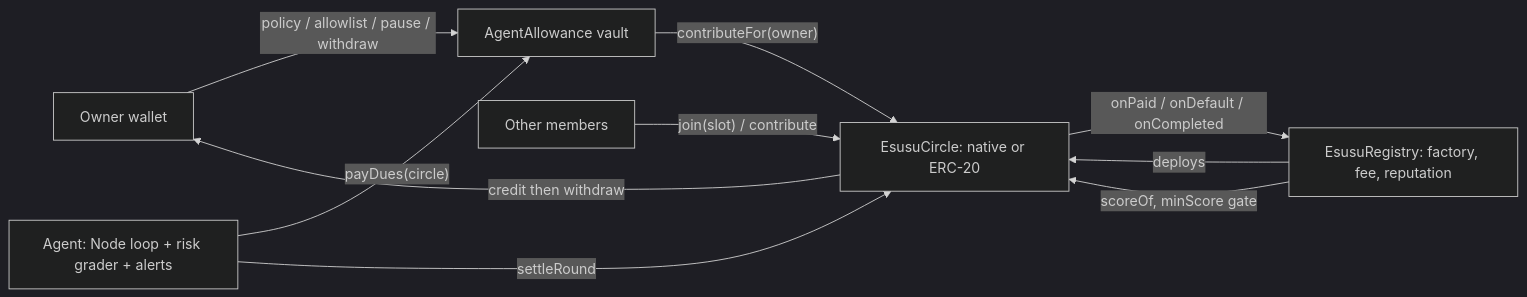
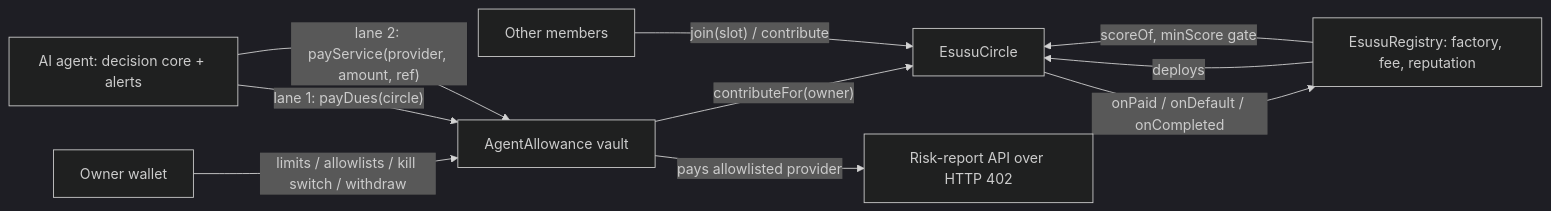
Before and after one commit to Agozie180/On-chain-esusu-agent: the diagram in README.md, drawn with Mermaid (dark theme). The commit also changed other lines of this file and 3 other files, not shown here.

````diff
--- a/README.md
+++ b/README.md
@@ -16,12 +39,12 @@
 ```mermaid
 flowchart LR
-  O[Owner wallet] -- policy / allowlist / pause / withdraw --> V[AgentAllowance vault]
-  A[Agent: Node loop + risk grader + alerts] -- payDues(circle) --> V
-  V -- contributeFor(owner) --> C[EsusuCircle: native or ERC-20]
+  O[Owner wallet] -- limits / allowlists / kill switch / withdraw --> V[AgentAllowance vault]
+  A[AI agent: decision core + alerts] -- "lane 1: payDues(circle)" --> V
+  A -- "lane 2: payService(provider, amount, ref)" --> V
+  V -- contributeFor(owner) --> C[EsusuCircle]
+  V -- pays allowlisted provider --> P[Risk-report API over HTTP 402]
   M[Other members] -- join(slot) / contribute --> C
-  A -- settleRound --> C
   R[EsusuRegistry: factory, fee, reputation] -- deploys --> C
   C -- onPaid / onDefault / onCompleted --> R
   R -- scoreOf, minScore gate --> C
-  C -- credit then withdraw --> O
 ```
````
